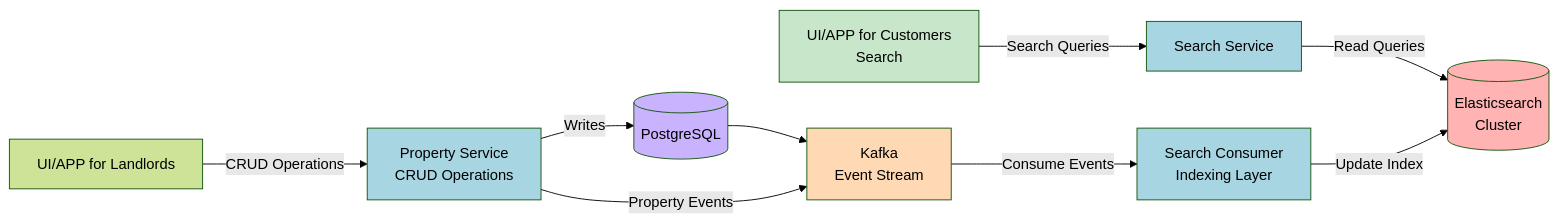
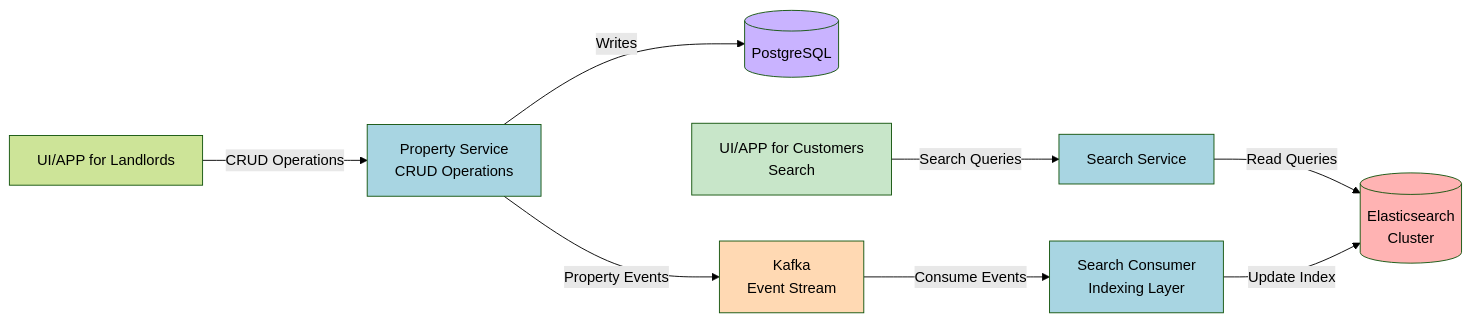
One commit to AdilAbubacker/rentezy_frontend changed the first of 2 diagrams in README.md. Above: the diagram before and after it, drawn with Mermaid (forest theme).

````diff
--- a/README.md
+++ b/README.md
@@ -18,34 +18,33 @@
 ```mermaid
 graph LR
     LUI[UI/APP for Landlords]
     PS[Property Service<br/>CRUD Operations]
     DB[(PostgreSQL)]
 
     LUI -->|CRUD Operations| PS
     PS -->|Writes| DB
     
 
     UI[UI/APP for Customers<br/>Search]
     SS[Search Service]
     ES[(Elasticsearch<br/>Cluster)]
     SC[Search Consumer<br/>Indexing Layer]
     
     
     UI -->|Search Queries| SS    
     SS -->|Read Queries| ES
     SC -->|Update Index| ES
     
     
     K[Kafka<br/>Event Stream]
-    DB --> K
     PS -->|Property Events| K
     K -->|Consume Events| SC
     
     style SS fill:#a8d5e2
     style PS fill:#a8d5e2
     style SC fill:#a8d5e2
     style ES fill:#ffb3b3
     style K fill:#ffd9b3
     style DB fill:#c9b3ff
     style UI fill:#c8e6c9
 ```
````
